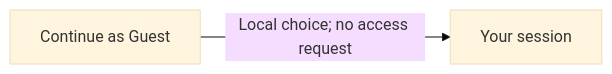
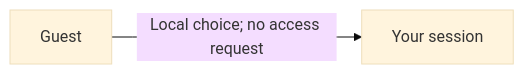
The first of 19 diagrams in docs/booking-flows.md (soccerbotstudiosg/soccerbotstudioSG), drawn with Mermaid (base theme) before and after one commit. The commit also changed other lines of this file and 29 other files, not shown here.

````diff
--- a/docs/booking-flows.md
+++ b/docs/booking-flows.md
@@ -28,4 +28,4 @@
 ```mermaid
 flowchart LR
-  A["Continue as Guest"] -->|Local choice; no access request| C["Your session"]
+  A["Guest"] -->|Local choice; no access request| C["Your session"]
 ```
````
